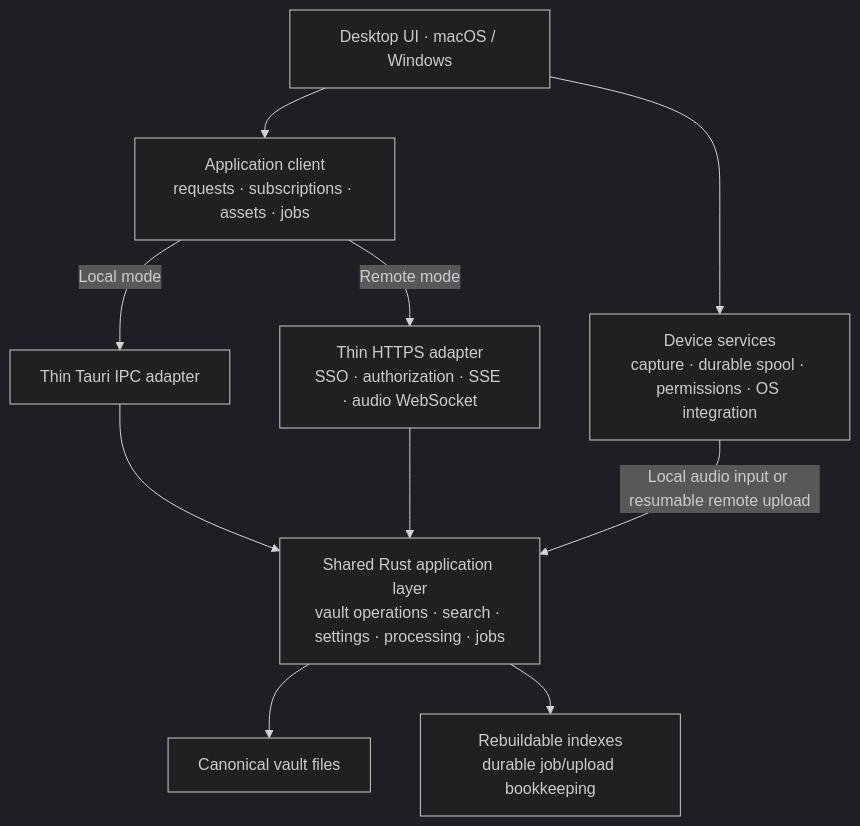
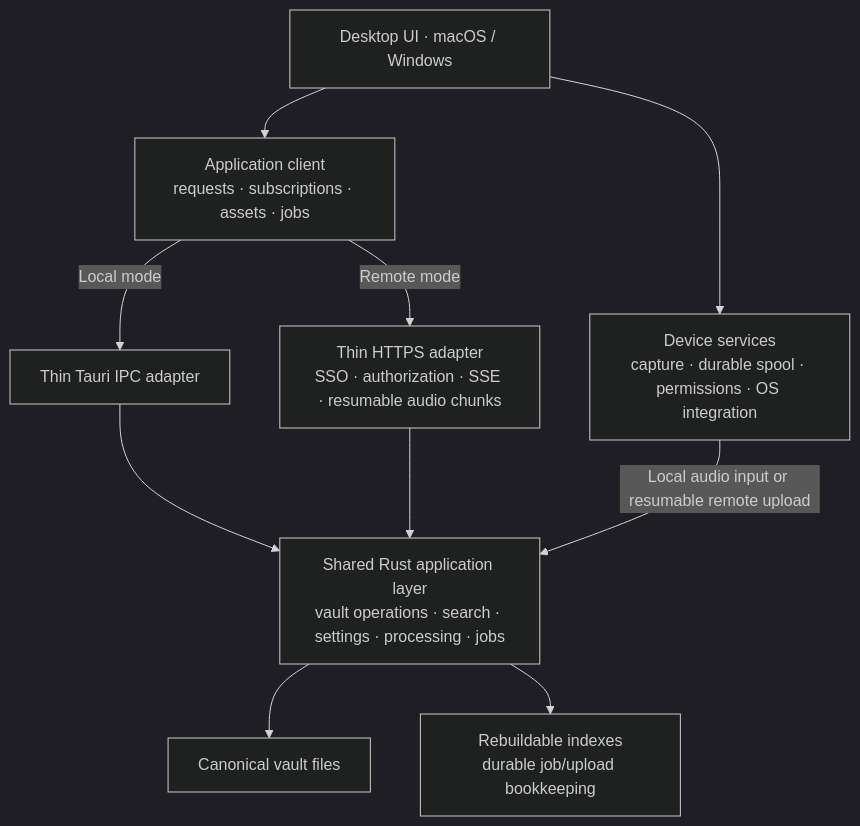
One commit to bart6114/loofah changed the diagram in docs/plans/frontend-backend-separation.md. Above: the diagram before and after it, drawn with Mermaid (dark theme). The commit also changed other lines of this file and 2 other files, not shown here.

Commit message:
docs: record recording controls and timeline migration state

````diff
--- a/docs/plans/frontend-backend-separation.md
+++ b/docs/plans/frontend-backend-separation.md
@@ -37,22 +37,22 @@
 ```mermaid
 flowchart TB
     UI["Desktop UI · macOS / Windows"]
     Client["Application client<br/>requests · subscriptions · assets · jobs"]
     Device["Device services<br/>capture · durable spool · permissions · OS integration"]
 
     IPC["Thin Tauri IPC adapter"]
-    HTTP["Thin HTTPS adapter<br/>SSO · authorization · SSE · audio WebSocket"]
+    HTTP["Thin HTTPS adapter<br/>SSO · authorization · SSE · resumable audio chunks"]
     Core["Shared Rust application layer<br/>vault operations · search · settings · processing · jobs"]
     Files["Canonical vault files"]
     Runtime["Rebuildable indexes<br/>durable job/upload bookkeeping"]
 
     UI --> Client
     UI --> Device
     Client -->|"Local mode"| IPC
     Client -->|"Remote mode"| HTTP
     IPC --> Core
     HTTP --> Core
     Device -->|"Local audio input or resumable remote upload"| Core
     Core --> Files
     Core --> Runtime
 ```
````
